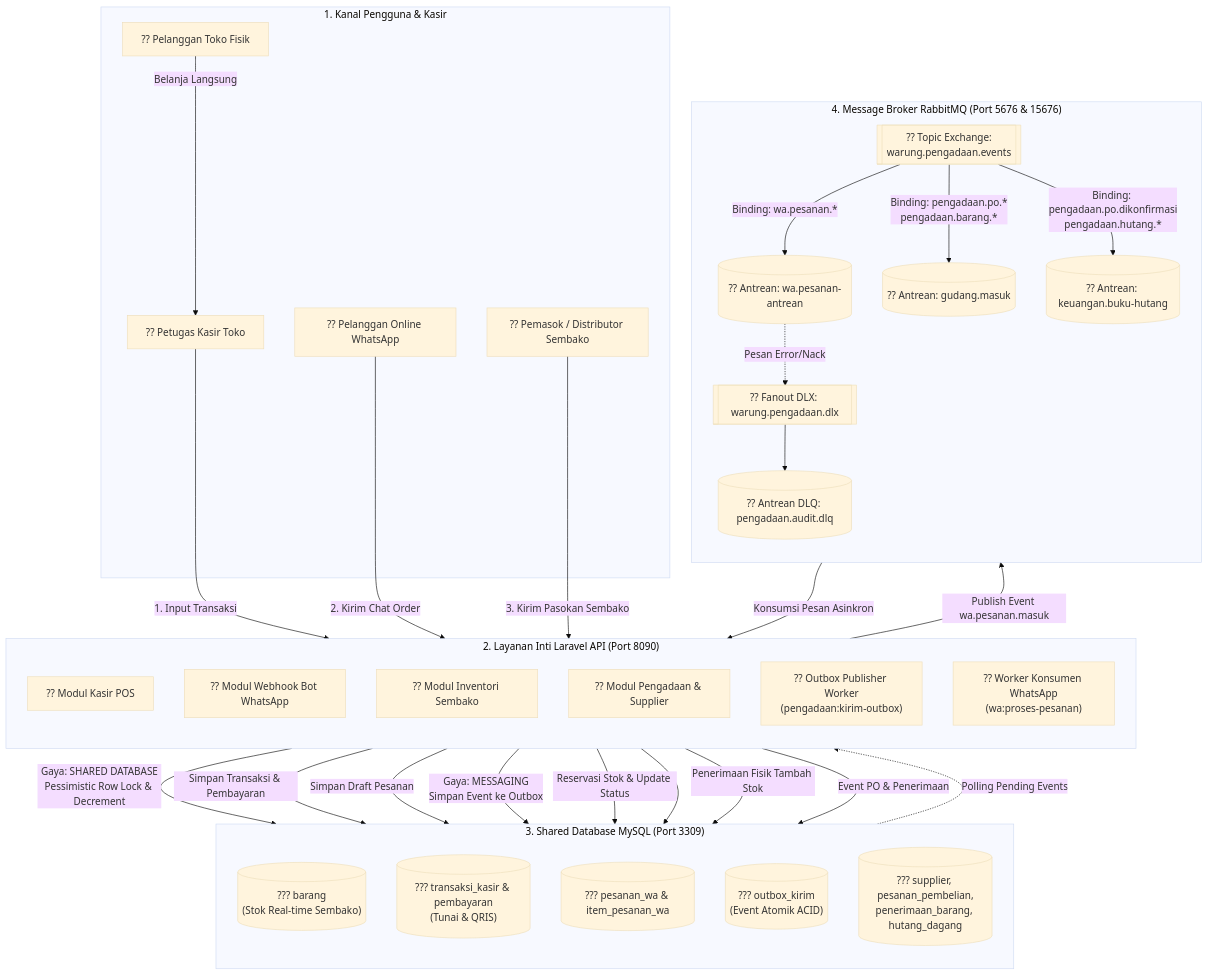
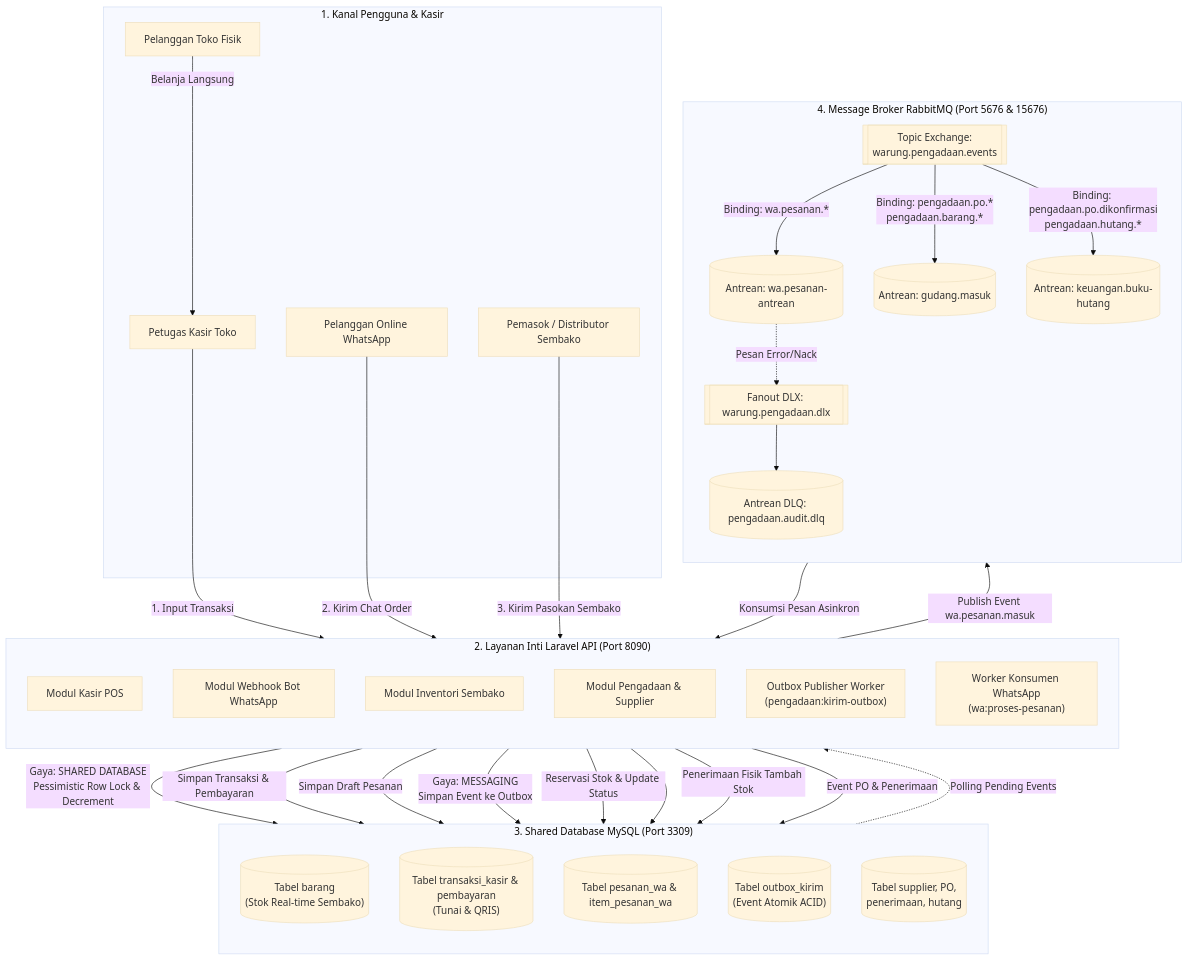
One commit to jackalwyssad/warung_ibu_beti changed the first of 4 diagrams in README.md. Above: the diagram before and after it, drawn with Mermaid (base theme). The commit also changed other lines of this file and 4 other files, not shown here.

````diff
--- a/README.md
+++ b/README.md
@@ -30,69 +49,69 @@
 ```mermaid
 flowchart TB
     %% Kanal Pengguna
     subgraph Klien ["1. Kanal Pengguna & Kasir"]
-        PelangganToko["?? Pelanggan Toko Fisik"]
-        PelangganWA["?? Pelanggan Online WhatsApp"]
-        Kasir["?? Petugas Kasir Toko"]
-        SupplierPemasok["?? Pemasok / Distributor Sembako"]
+        PelangganToko["Pelanggan Toko Fisik"]
+        PelangganWA["Pelanggan Online WhatsApp"]
+        Kasir["Petugas Kasir Toko"]
+        SupplierPemasok["Pemasok / Distributor Sembako"]
     end
 
     %% Layanan Aplikasi Laravel (Port 8090)
     subgraph CoreService ["2. Layanan Inti Laravel API (Port 8090)"]
         direction TB
-        APIPos["?? Modul Kasir POS"]
-        APIWa["?? Modul Webhook Bot WhatsApp"]
-        APIStok["?? Modul Inventori Sembako"]
-        APIPengadaan["?? Modul Pengadaan & Supplier"]
-        OutboxWorker["?? Outbox Publisher Worker<br/>(pengadaan:kirim-outbox)"]
-        WAWorker["?? Worker Konsumen WhatsApp<br/>(wa:proses-pesanan)"]
+        APIPos["Modul Kasir POS"]
+        APIWa["Modul Webhook Bot WhatsApp"]
+        APIStok["Modul Inventori Sembako"]
+        APIPengadaan["Modul Pengadaan & Supplier"]
+        OutboxWorker["Outbox Publisher Worker<br/>(pengadaan:kirim-outbox)"]
+        WAWorker["Worker Konsumen WhatsApp<br/>(wa:proses-pesanan)"]
     end
 
     %% Penyimpanan Shared Database (Port 3309)
     subgraph DataStore ["3. Shared Database MySQL (Port 3309)"]
         direction TB
-        TBarang[("??? barang<br/>(Stok Real-time Sembako)")]
-        TKasir[("??? transaksi_kasir & pembayaran<br/>(Tunai & QRIS)")]
-        TWa[("??? pesanan_wa & item_pesanan_wa")]
-        TOutbox[("??? outbox_kirim<br/>(Event Atomik ACID)")]
-        TPo[("??? supplier, pesanan_pembelian,<br/>penerimaan_barang, hutang_dagang")]
+        TBarang[("Tabel barang<br/>(Stok Real-time Sembako)")]
+        TKasir[("Tabel transaksi_kasir & pembayaran<br/>(Tunai & QRIS)")]
+        TWa[("Tabel pesanan_wa & item_pesanan_wa")]
+        TOutbox[("Tabel outbox_kirim<br/>(Event Atomik ACID)")]
+        TPo[("Tabel supplier, PO,<br/>penerimaan, hutang")]
     end
 
     %% Message Broker RabbitMQ (Port 5676 & 15676)
     subgraph Broker ["4. Message Broker RabbitMQ (Port 5676 & 15676)"]
         direction TB
-        TopicEx[["?? Topic Exchange:<br/>warung.pengadaan.events"]]
-        QWA[("?? Antrean: wa.pesanan-antrean")]
-        QGudang[("?? Antrean: gudang.masuk")]
-        QHutang[("?? Antrean: keuangan.buku-hutang")]
-        ExDLX[["?? Fanout DLX: warung.pengadaan.dlx"]]
-        QDLQ[("?? Antrean DLQ: pengadaan.audit.dlq")]
+        TopicEx[["Topic Exchange:<br/>warung.pengadaan.events"]]
+        QWA[("Antrean: wa.pesanan-antrean")]
+        QGudang[("Antrean: gudang.masuk")]
+        QHutang[("Antrean: keuangan.buku-hutang")]
+        ExDLX[["Fanout DLX: warung.pengadaan.dlx"]]
+        QDLQ[("Antrean DLQ: pengadaan.audit.dlq")]
     end
 
     %% Relasi Alur Kasir (Shared DB)
     PelangganToko -->|Belanja Langsung| Kasir
     Kasir -->|1. Input Transaksi| APIPos
     APIPos -->|Gaya: SHARED DATABASE<br/>Pessimistic Row Lock & Decrement| TBarang
     APIPos -->|Simpan Transaksi & Pembayaran| TKasir
 
     %% Relasi Alur WhatsApp (Messaging)
     PelangganWA -->|2. Kirim Chat Order| APIWa
     APIWa -->|Simpan Draft Pesanan| TWa
     APIWa -->|Gaya: MESSAGING<br/>Simpan Event ke Outbox| TOutbox
     TOutbox -.->|Polling Pending Events| OutboxWorker
     OutboxWorker -->|Publish Event wa.pesanan.masuk| TopicEx
     TopicEx -->|Binding: wa.pesanan.*| QWA
     QWA -->|Konsumsi Pesan Asinkron| WAWorker
     WAWorker -->|Reservasi Stok & Update Status| TBarang
 
     %% Relasi Alur Pengadaan
     SupplierPemasok -->|3. Kirim Pasokan Sembako| APIPengadaan
     APIPengadaan --> TPo
     APIPengadaan -->|Penerimaan Fisik Tambah Stok| TBarang
     APIPengadaan -->|Event PO & Penerimaan| TOutbox
 
     TopicEx -->|Binding: pengadaan.po.*<br/>pengadaan.barang.*| QGudang
     TopicEx -->|Binding: pengadaan.po.dikonfirmasi<br/>pengadaan.hutang.*| QHutang
     QWA -.->|Pesan Error/Nack| ExDLX
     ExDLX --> QDLQ
 ```
````
